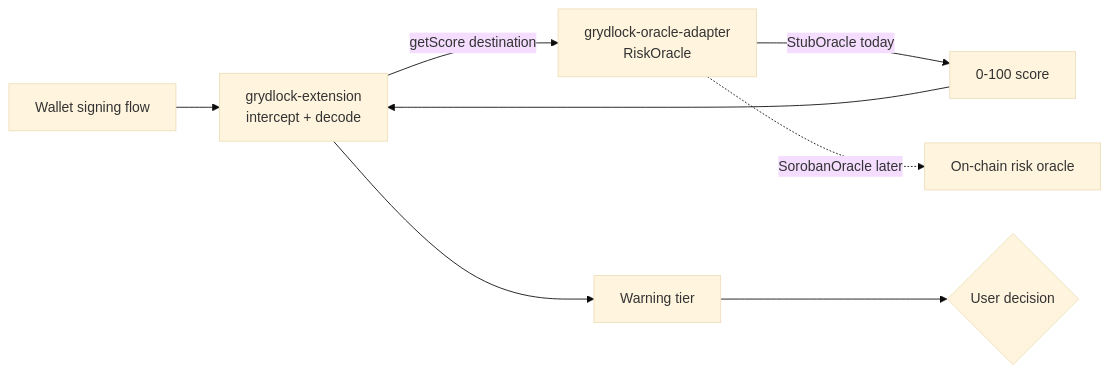
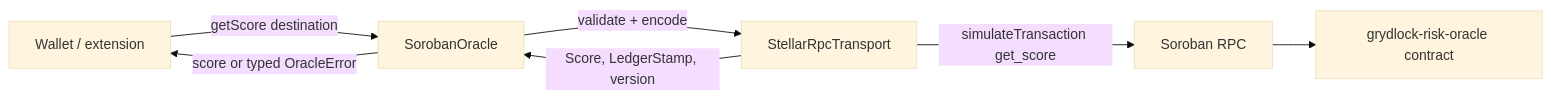
The diagram in README.md (Gryd-lock/grydlock-oracle-adapter), drawn with Mermaid (base theme) before and after one commit. The commit also changed other lines of this file and 4 other files, not shown here.

````diff
--- a/README.md
+++ b/README.md
@@ -756,10 +82,9 @@
 ```mermaid
 graph LR
-    SIGN[Wallet signing flow] --> EXT[grydlock-extension\nintercept + decode]
-    EXT -->|getScore destination| ADAPTER[grydlock-oracle-adapter\nRiskOracle]
-    ADAPTER -->|StubOracle today| SCORE[0-100 score]
-    ADAPTER -.->|SorobanOracle later| CHAIN[On-chain risk oracle]
-    SCORE --> EXT
-    EXT --> TIER[Warning tier]
-    TIER --> USER{User decision}
+    EXT[Wallet / extension] -->|getScore destination| ORACLE[SorobanOracle]
+    ORACLE -->|validate + encode| T[StellarRpcTransport]
+    T -->|simulateTransaction get_score| RPC[Soroban RPC]
+    RPC --> C[grydlock-risk-oracle contract]
+    T -->|Score, LedgerStamp, version| ORACLE
+    ORACLE -->|score or typed OracleError| EXT
 ```
````
